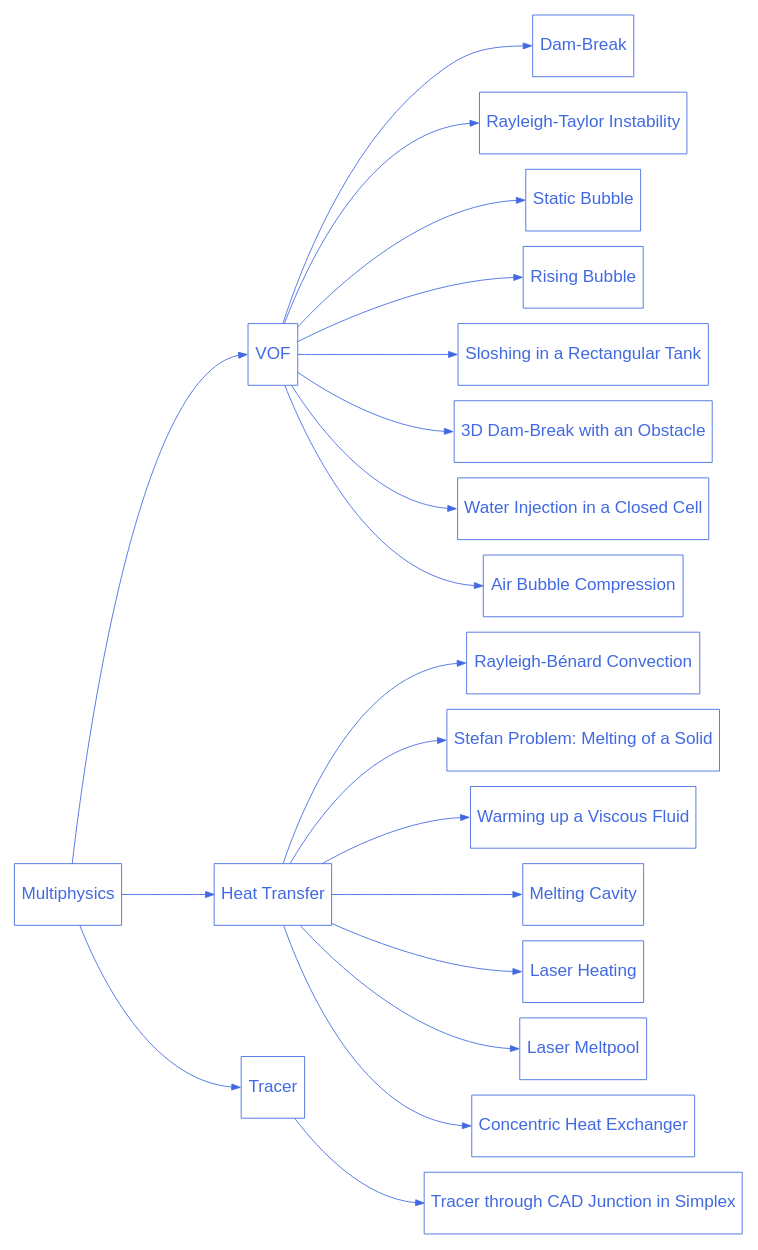
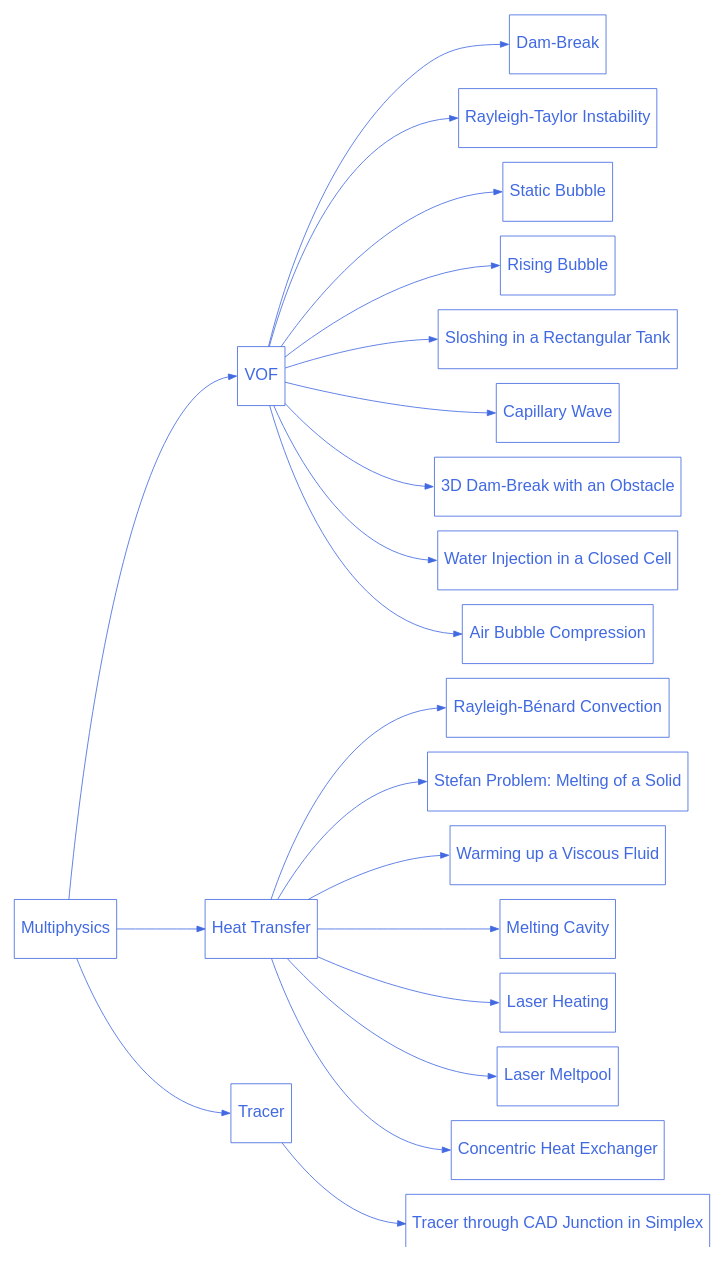
One commit to chaos-polymtl/lethe changed the diagram in doc/source/examples/multiphysics/multiphysics.rst. Above: the diagram before and after it, drawn with Graphviz. The commit also changed 15 other files, not shown here.

Commit message:
Capillary wave example

```diff
--- a/doc/source/examples/multiphysics/multiphysics.rst
+++ b/doc/source/examples/multiphysics/multiphysics.rst
@@ -14,72 +14,75 @@
 .. graphviz:: 
 
     digraph multiphysics_diagram {
       graph [bgcolor="transparent", align=true, ranksep=1.5];
       node [fontname=Arial, fontsize=20, shape=box, fontcolor=royalblue, color=royalblue, height=1];
       edge [color=royalblue];
       rankdir="LR";
       size = "9,9";
 
       multiphysics [label="Multiphysics", href="https://lethe-cfd.github.io/lethe/examples/multiphysics/multiphysics.html"];
 
       multiphysics_1 [label="VOF", href="https://lethe-cfd.github.io/lethe/examples/multiphysics/vof.html"];  
 
       multiphysics_1_1 [label="Dam-Break", href="https://lethe-cfd.github.io/lethe/examples/multiphysics/dam-break/dam-break.html"];
 
       multiphysics_1_2 [label="Rayleigh-Taylor Instability", href="https://lethe-cfd.github.io/lethe/examples/multiphysics/rayleigh-taylor-instability/rayleigh-taylor-instability.html"];
 
       multiphysics_1_3 [label="Static Bubble", href="https://lethe-cfd.github.io/lethe/examples/multiphysics/static-bubble/static-bubble.html"];
 
       multiphysics_1_4 [label="Rising Bubble", href="https://lethe-cfd.github.io/lethe/examples/multiphysics/rising-bubble/rising-bubble.html"];
 
       multiphysics_1_5 [label="Sloshing in a Rectangular Tank", href="https://lethe-cfd.github.io/lethe/examples/multiphysics/sloshing-in-rectangular-tank/sloshing-in-rectangular-tank.html"];
 
-      multiphysics_1_6 [label="3D Dam-Break with an Obstacle", href="https://lethe-cfd.github.io/lethe/examples/multiphysics/3d-dam-break/3d-dam-break.html"];
+      multiphysics_1_6 [label="Capillary Wave", href="https://lethe-cfd.github.io/lethe/examples/multiphysics/capillary-wave/capillary-wave.html"];
 
-      multiphysics_1_7 [label="Water Injection in a Closed Cell", href="https://lethe-cfd.github.io/lethe/examples/multiphysics/water-injection-in-a-closed-cell/water-injection-in-a-closed-cell.html"];
+      multiphysics_1_7 [label="3D Dam-Break with an Obstacle", href="https://lethe-cfd.github.io/lethe/examples/multiphysics/3d-dam-break/3d-dam-break.html"];
 
-      multiphysics_1_8 [label="Air Bubble Compression", href="https://lethe-cfd.github.io/lethe/examples/multiphysics/air-bubble-compression/air-bubble-compression.html"];
+      multiphysics_1_8 [label="Water Injection in a Closed Cell", href="https://lethe-cfd.github.io/lethe/examples/multiphysics/water-injection-in-a-closed-cell/water-injection-in-a-closed-cell.html"];
+
+      multiphysics_1_9 [label="Air Bubble Compression", href="https://lethe-cfd.github.io/lethe/examples/multiphysics/air-bubble-compression/air-bubble-compression.html"];
 
       multiphysics_2 [label="Heat Transfer", href="https://lethe-cfd.github.io/lethe/examples/multiphysics/heat-transfer.html"];
 
       multiphysics_2_1 [label="Rayleigh-Bénard Convection", href="https://lethe-cfd.github.io/lethe/examples/multiphysics/rayleigh-benard-convection/rayleigh-benard-convection.html"];
 
       multiphysics_2_2 [label="Stefan Problem: Melting of a Solid", href="https://lethe-cfd.github.io/lethe/examples/multiphysics/stefan-problem/stefan-problem.html"];
 
       multiphysics_2_3 [label="Warming up a Viscous Fluid", href="https://lethe-cfd.github.io/lethe/examples/multiphysics/warming-up-a-viscous-fluid/warming-up-a-viscous-fluid.html"];
 
       multiphysics_2_4 [label="Melting Cavity", href="https://lethe-cfd.github.io/lethe/examples/multiphysics/melting-cavity/melting-cavity.html"];
 
       multiphysics_2_5 [label="Laser Heating", href="https://lethe-cfd.github.io/lethe/examples/multiphysics/laser-heating/laser-heating.html"];
 
       multiphysics_2_6 [label="Laser Meltpool", href="https://lethe-cfd.github.io/lethe/examples/multiphysics/laser-meltpool/laser-meltpool.html"];
 
       multiphysics_2_7 [label="Concentric Heat Exchanger", href="https://lethe-cfd.github.io/lethe/examples/multiphysics/concentric-heat-exchanger/concentric-heat-exchanger.html"];
 
       multiphysics_3 [label="Tracer", href="https://lethe-cfd.github.io/lethe/examples/multiphysics/tracer.html"];  
 
       multiphysics_3_1 [label="Tracer through CAD Junction in Simplex", href="https://lethe-cfd.github.io/lethe/examples/multiphysics/tracer-through-cad-junction/tracer-through-cad-junction.html"];
 
       multiphysics -> multiphysics_1:w;
       multiphysics -> multiphysics_2:w;
       multiphysics -> multiphysics_3:w;
 
       multiphysics_1 -> multiphysics_1_1:w;
       multiphysics_1 -> multiphysics_1_2:w;
       multiphysics_1 -> multiphysics_1_3:w;
       multiphysics_1 -> multiphysics_1_4:w;
       multiphysics_1 -> multiphysics_1_5:w;
       multiphysics_1 -> multiphysics_1_6:w;
       multiphysics_1 -> multiphysics_1_7:w;
       multiphysics_1 -> multiphysics_1_8:w;
+      multiphysics_1 -> multiphysics_1_9:w;
 
       multiphysics_2 -> multiphysics_2_1:w;
       multiphysics_2 -> multiphysics_2_2:w;
       multiphysics_2 -> multiphysics_2_3:w;
       multiphysics_2 -> multiphysics_2_4:w;
       multiphysics_2 -> multiphysics_2_5:w;
       multiphysics_2 -> multiphysics_2_6:w;
       multiphysics_2 -> multiphysics_2_7:w;
 
       multiphysics_3 -> multiphysics_3_1:w;
     }
```
